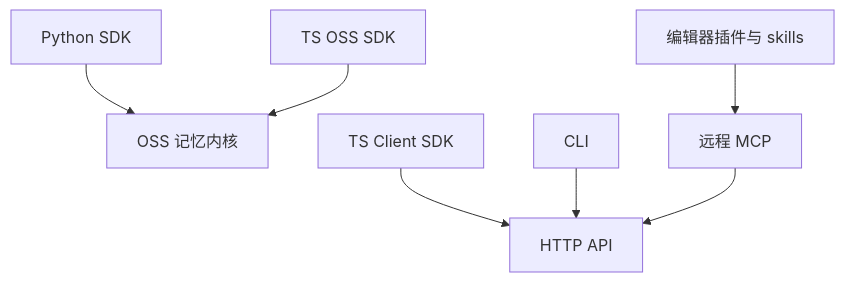
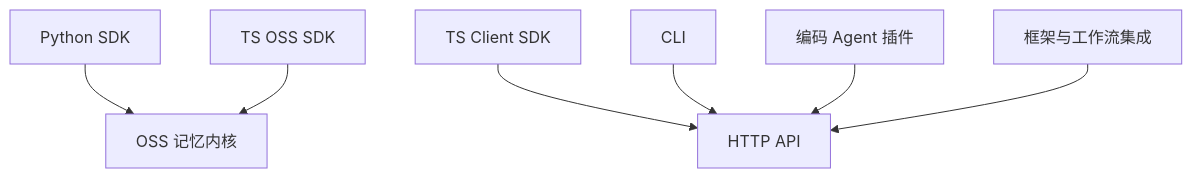
Before and after one commit to morehao/oss-insights: the first of 2 diagrams in ai-infra/mem0-wiki/ecosystem.md, drawn with Mermaid. The commit also changed other lines of this file and 8 other files, not shown here.

````diff
--- a/ai-infra/mem0-wiki/ecosystem.md
+++ b/ai-infra/mem0-wiki/ecosystem.md
@@ -13,9 +13,9 @@
 ```mermaid
 graph TD
   PY[Python SDK] --> Core[OSS 记忆内核]
   TSOSS[TS OSS SDK] --> Core
   TSCLI[TS Client SDK] --> HTTP[HTTP API]
   CLI[CLI] --> HTTP
-  MCP[远程 MCP] --> HTTP
-  Ed[编辑器插件与 skills] --> MCP
+  Plug[编码 Agent 插件] --> HTTP
+  FW[框架与工作流集成] --> HTTP
 ```
````
